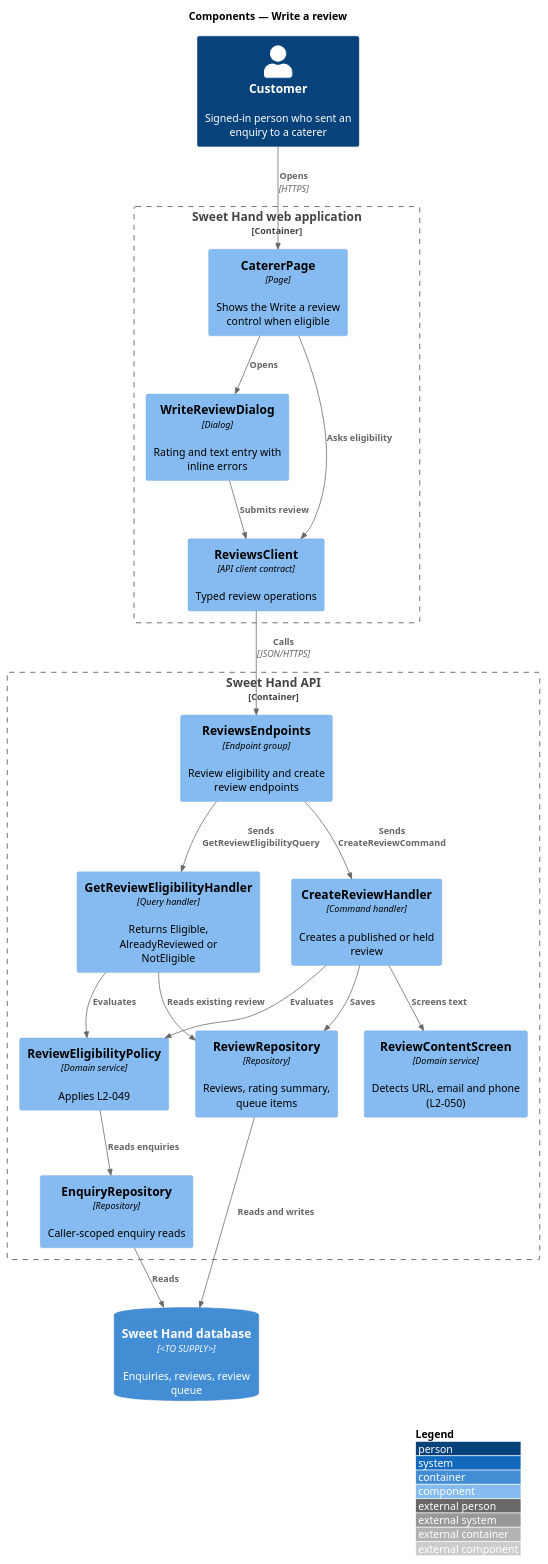
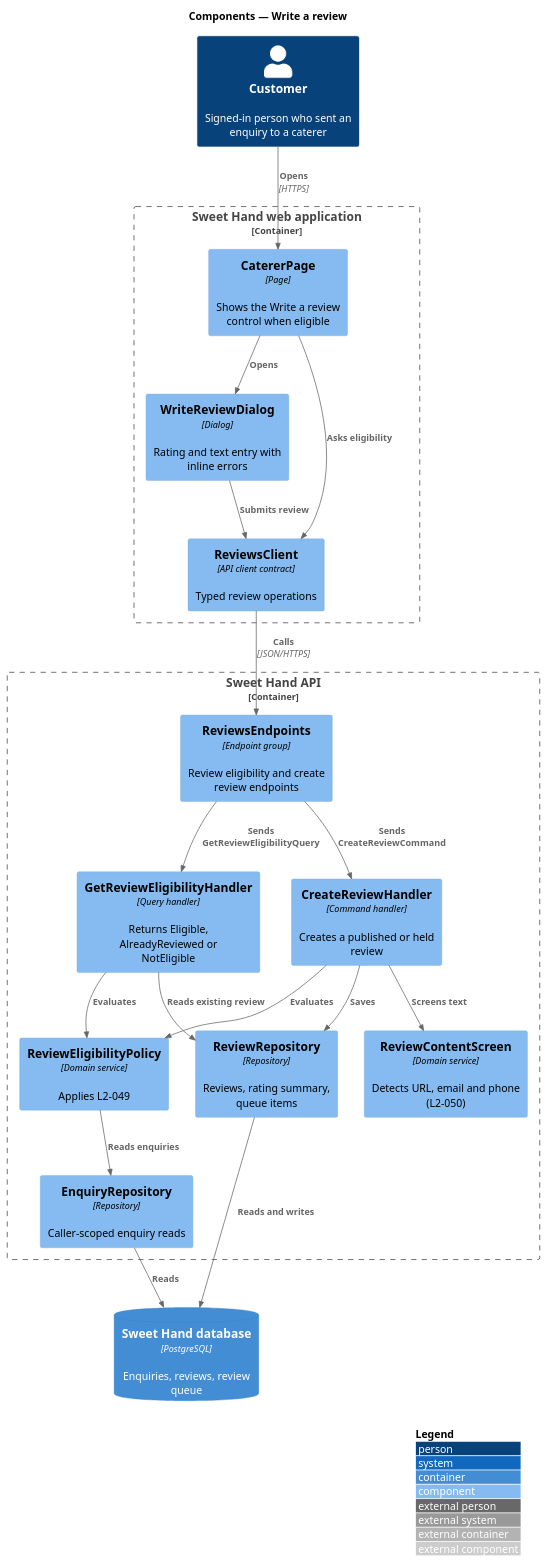
Before and after one commit to QuinntyneBrown/sweet-hand: the diagram in docs/detailed-designs/reviews/write-review/diagrams/c4-component.puml, drawn with PlantUML. The commit also changed 21 other files, not shown here.

```diff
--- a/docs/detailed-designs/reviews/write-review/diagrams/c4-component.puml
+++ b/docs/detailed-designs/reviews/write-review/diagrams/c4-component.puml
@@ -1,40 +1,40 @@
 @startuml
 !include <C4/C4_Component>
 LAYOUT_WITH_LEGEND()
 title Components — Write a review
 
 Person(customer, "Customer", "Signed-in person who sent an enquiry to a caterer")
 
 Container_Boundary(web, "Sweet Hand web application") {
   Component(page, "CatererPage", "Page", "Shows the Write a review control when eligible")
   Component(dialog, "WriteReviewDialog", "Dialog", "Rating and text entry with inline errors")
   Component(client, "ReviewsClient", "API client contract", "Typed review operations")
 }
 
 Container_Boundary(api, "Sweet Hand API") {
   Component(endpoints, "ReviewsEndpoints", "Endpoint group", "Review eligibility and create review endpoints")
   Component(eligQ, "GetReviewEligibilityHandler", "Query handler", "Returns Eligible, AlreadyReviewed or NotEligible")
   Component(createH, "CreateReviewHandler", "Command handler", "Creates a published or held review")
   Component(policy, "ReviewEligibilityPolicy", "Domain service", "Applies L2-049")
   Component(screen, "ReviewContentScreen", "Domain service", "Detects URL, email and phone (L2-050)")
   Component(enqRepo, "EnquiryRepository", "Repository", "Caller-scoped enquiry reads")
   Component(revRepo, "ReviewRepository", "Repository", "Reviews, rating summary, queue items")
 }
-ContainerDb(db, "Sweet Hand database", "<TO SUPPLY>", "Enquiries, reviews, review queue")
+ContainerDb(db, "Sweet Hand database", "PostgreSQL", "Enquiries, reviews, review queue")
 
 Rel(customer, page, "Opens", "HTTPS")
 Rel(page, dialog, "Opens")
 Rel(page, client, "Asks eligibility")
 Rel(dialog, client, "Submits review")
 Rel(client, endpoints, "Calls", "JSON/HTTPS")
 Rel(endpoints, eligQ, "Sends GetReviewEligibilityQuery")
 Rel(endpoints, createH, "Sends CreateReviewCommand")
 Rel(eligQ, policy, "Evaluates")
 Rel(createH, policy, "Evaluates")
 Rel(createH, screen, "Screens text")
 Rel(policy, enqRepo, "Reads enquiries")
 Rel(createH, revRepo, "Saves")
 Rel(eligQ, revRepo, "Reads existing review")
 Rel(enqRepo, db, "Reads")
 Rel(revRepo, db, "Reads and writes")
 @enduml
```
